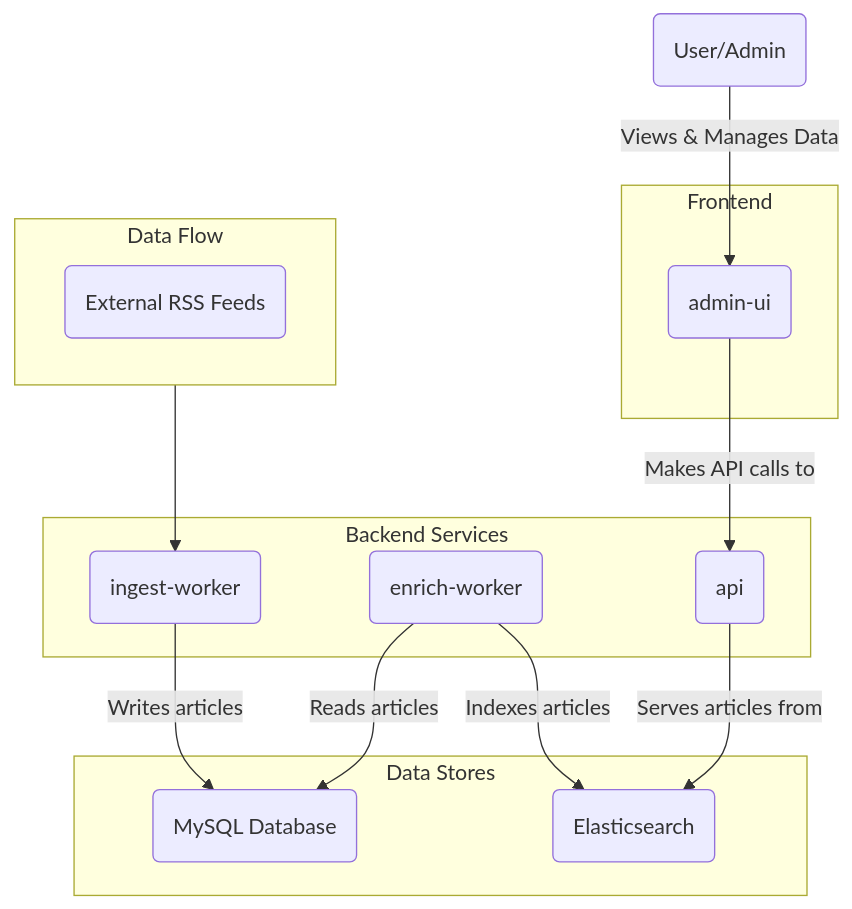
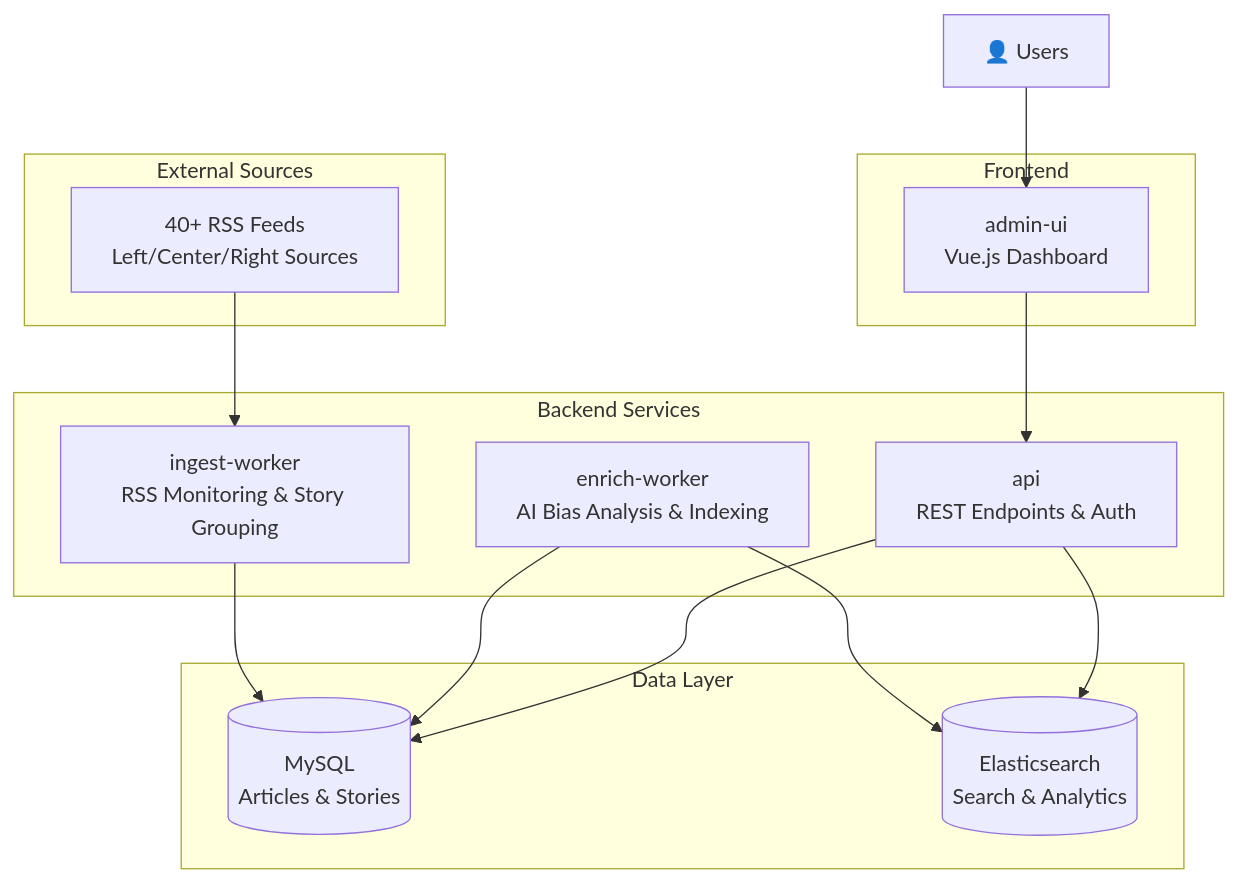
One commit to yuvibirdi/open-bias changed the diagram in README.md. Above: the diagram before and after it, drawn with Mermaid. The commit also changed other lines of this file and 12 other files, not shown here.

````diff
--- a/README.md
+++ b/README.md
@@ -17,30 +20,31 @@
 ```mermaid
 graph TD
-    subgraph "Backend Services"
-        IngestWorker(ingest-worker)
-        EnrichWorker(enrich-worker)
-        API(api)
+    subgraph "External Sources"
+        RSS[40+ RSS Feeds<br/>Left/Center/Right Sources]
     end
 
-    subgraph "Data Stores"
-        MySQL(MySQL Database)
-        Elasticsearch(Elasticsearch)
+    subgraph "Backend Services"
+        IW[ingest-worker<br/>RSS Monitoring & Story Grouping]
+        EW[enrich-worker<br/>AI Bias Analysis & Indexing]
+        API[api<br/>REST Endpoints & Auth]
+    end
+
+    subgraph "Data Layer"
+        MySQL[(MySQL<br/>Articles & Stories)]
+        ES[(Elasticsearch<br/>Search & Analytics)]
     end
 
     subgraph "Frontend"
-        AdminUI(admin-ui)
+        UI[admin-ui<br/>Vue.js Dashboard]
     end
 
-    User(User/Admin) --"Views & Manages Data"--> AdminUI
+    RSS --> IW
+    IW --> MySQL
+    EW --> MySQL
+    EW --> ES
+    API --> MySQL
+    API --> ES
+    UI --> API
 
-    AdminUI --"Makes API calls to"--> API
-
-    subgraph "Data Flow"
-        direction LR
-        RSSFeeds(External RSS Feeds) --> IngestWorker
-        IngestWorker --"Writes articles"--> MySQL
-        EnrichWorker --"Reads articles"--> MySQL
-        EnrichWorker --"Indexes articles"--> Elasticsearch
-        API --"Serves articles from"--> Elasticsearch
-    end
+    User[👤 Users] --> UI
 ```
````
